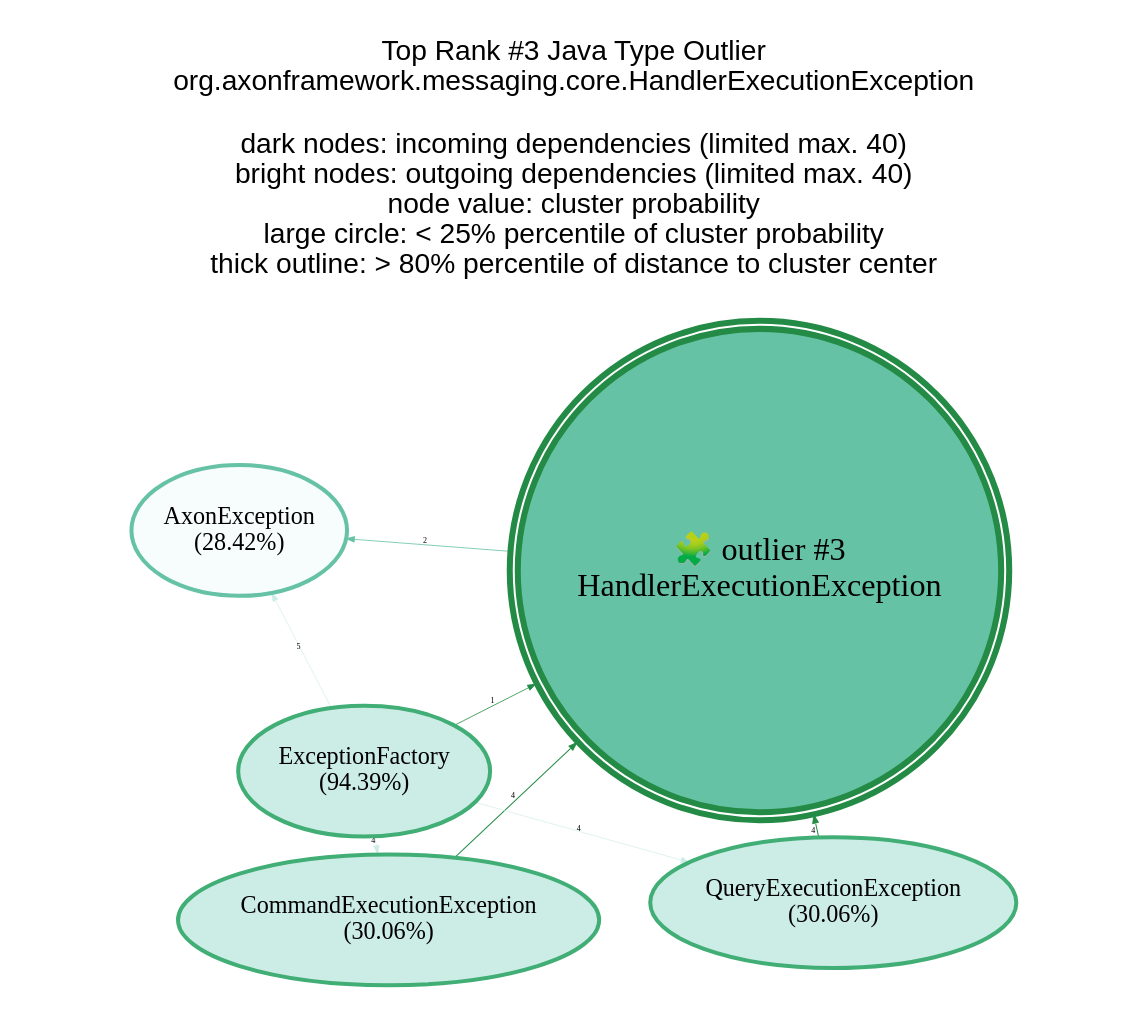
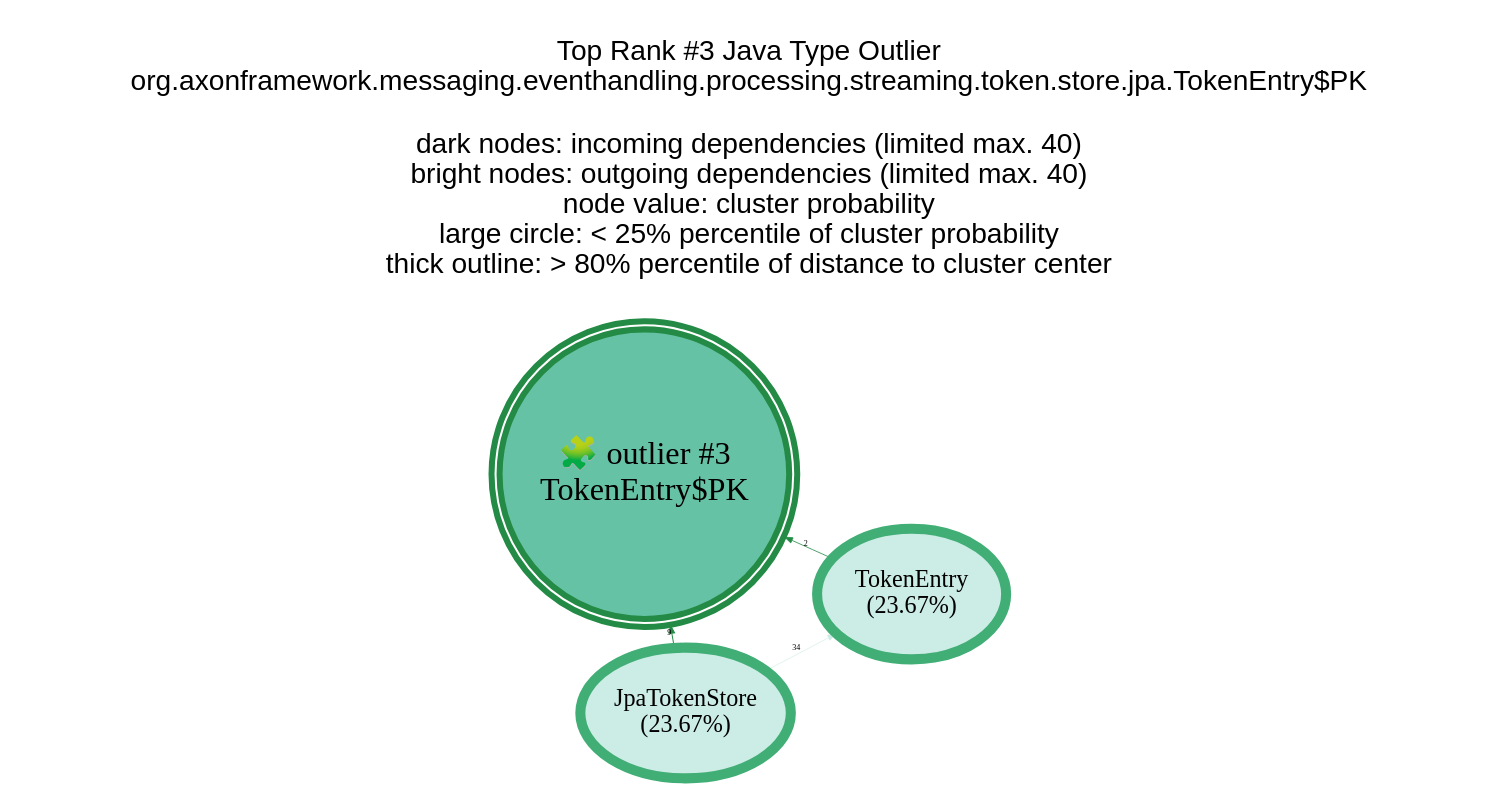
One commit to JohT/code-graph-analysis-examples changed the diagram in analysis-results/AxonFramework/latest/anomaly-detection/Java_Type/GraphVisualizations/graphviz/TopOutlier3.gv. Above: the diagram before and after it, drawn with Graphviz. The commit also changed 457 other files, not shown here.

```diff
--- a/analysis-results/AxonFramework/latest/anomaly-detection/Java_Type/GraphVisualizations/graphviz/TopOutlier3.gv
+++ b/analysis-results/AxonFramework/latest/anomaly-detection/Java_Type/GraphVisualizations/graphviz/TopOutlier3.gv
@@ -1,24 +1,20 @@
 // This GraphViz dot file was generated by the script convertQueryResultCsvToGraphVizDotFile.sh with TopCentral.template
 
 strict digraph TopOutlier3 {
     graph [layout = "fdp"; start = "7"; splines = "spline"; pad = "0.8,0.1"; outputorder = "edgesfirst";];
     graph [fontname = "Helvetica,Arial,sans-serif"; labelloc = "t";];
     node [colorscheme = "bugn9"; color = 6; fillcolor = 3;];
     edge [colorscheme = "bugn9"; color = 7;];
     node [fontsize = 12; style = "filled"; margin = "0.03,0.03"; width="1.3"; height="0.9";];
     edge [fontsize = 4; arrowsize = "0.4";];
 
     central [shape = "doublecircle"; height = "2.0"; margin = "0.000001,0.000001";];
     central [fontsize = 16;];
     central [color = 7; fillcolor = 5; penwidth = 3;];
 
-	graph   [label="Top Rank #3 Java Type Outlier\norg.axonframework.messaging.core.HandlerExecutionException\n\ndark nodes: incoming dependencies (limited max. 40)\nbright nodes: outgoing dependencies (limited max. 40)\nnode value: cluster probability\nlarge circle: < 25% percentile of cluster probability\nthick outline: > 80% percentile of distance to cluster center\n\n"];
-	central [label="🧩 outlier #3\nHandlerExecutionException"];
-	"CommandExecutionException_9404"  [label = "CommandExecutionException\n(30.06%)"; penwidth = 2; ]; "CommandExecutionException_9404" -> central [label=4; weight=4; penwidth=0.5];
-	"QueryExecutionException_16692"  [label = "QueryExecutionException\n(30.06%)"; penwidth = 2; ]; "QueryExecutionException_16692" -> central [label=4; weight=4; penwidth=0.5];
-	"ExceptionFactory_1042"  [label = "ExceptionFactory\n(94.39%)"; penwidth = 2; ]; "ExceptionFactory_1042" -> central [label=1; weight=1; penwidth=0.4];
-	"AxonException_41209"  [label = "AxonException\n(28.42%)"; penwidth = 2; color = 5; fillcolor = 1; ]; central -> "AxonException_41209" [label=2; weight=2; penwidth=0.4; color = 5];
-	"ExceptionFactory_1042" -> "AxonException_41209" [label=5; weight=5; penwidth=0.3; color = 3]
-	"ExceptionFactory_1042" -> "QueryExecutionException_16692" [label=4; weight=4; penwidth=0.3; color = 3]
-	"ExceptionFactory_1042" -> "CommandExecutionException_9404" [label=4; weight=4; penwidth=0.3; color = 3]
+	graph   [label="Top Rank #3 Java Type Outlier\norg.axonframework.messaging.eventhandling.processing.streaming.token.store.jpa.TokenEntry$PK\n\ndark nodes: incoming dependencies (limited max. 40)\nbright nodes: outgoing dependencies (limited max. 40)\nnode value: cluster probability\nlarge circle: < 25% percentile of cluster probability\nthick outline: > 80% percentile of distance to cluster center\n\n"];
+	central [label="🧩 outlier #3\nTokenEntry$PK"];
+	"JpaTokenStore_12616"  [label = "JpaTokenStore\n(23.67%)"; penwidth = 5; ]; "JpaTokenStore_12616" -> central [label=9; weight=9; penwidth=0.5];
+	"TokenEntry_12615"  [label = "TokenEntry\n(23.67%)"; penwidth = 5; ]; "TokenEntry_12615" -> central [label=2; weight=2; penwidth=0.4];
+	"JpaTokenStore_12616" -> "TokenEntry_12615" [label=34; weight=34; penwidth=0.3; color = 3]
 }
```
